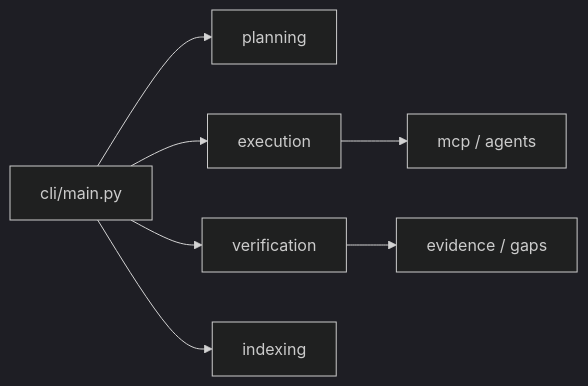
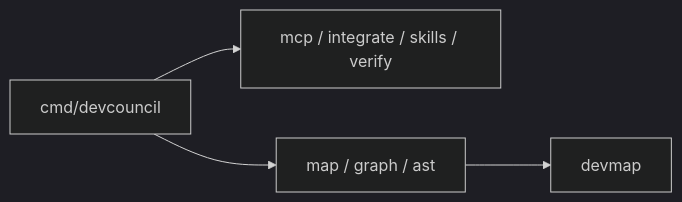
The first of 3 diagrams in docs/architecture.md (bharathvbcr/DevCouncil), drawn with Mermaid (dark theme) before and after one commit. The commit also changed other lines of this file and 1187 other files, not shown here.

````diff
--- a/docs/architecture.md
+++ b/docs/architecture.md
@@ -20,9 +20,6 @@
 ```mermaid
 flowchart LR
-  entry["cli/main.py"] --> planning
-  entry --> execution
-  entry --> verification
-  entry --> indexing
-  execution --> mcp["mcp / agents"]
-  verification --> gaps["evidence / gaps"]
+  entry["cmd/devcouncil"] --> mcp["mcp / integrate / skills / verify"]
+  entry --> mapfwd["map / graph / ast"]
+  mapfwd --> devmap["devmap"]
 ```
````
